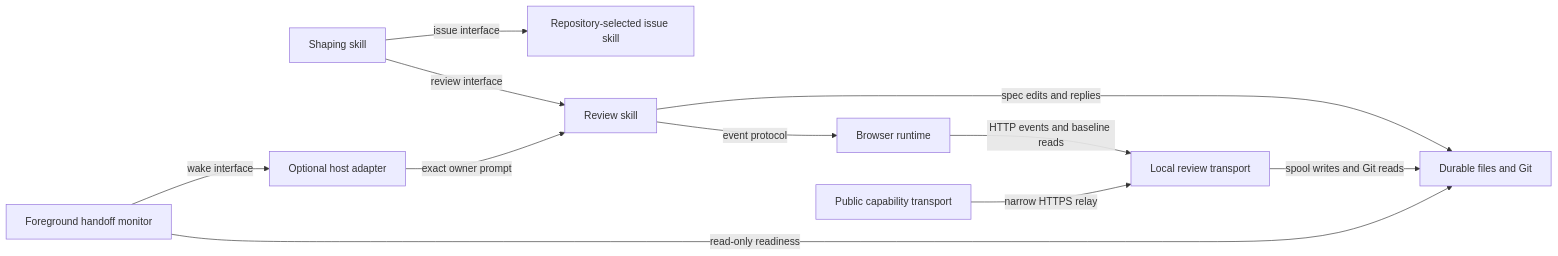
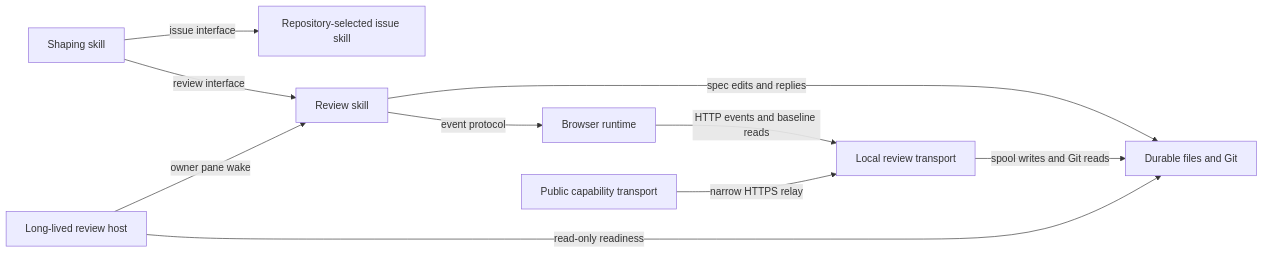
One commit to 0xTomDaniel/spec-chat changed the diagram in DESIGN.md. Above: the diagram before and after it, drawn with Mermaid. The commit also changed other lines of this file and 15 other files, not shown here.

First line of the commit message:
feat(ANN-132): review host wakes the registry owner pane per hand-off batch

````diff
--- a/DESIGN.md
+++ b/DESIGN.md
@@ -82,13 +82,12 @@
 ```mermaid
 flowchart LR
   Shape[Shaping skill] -->|issue interface| Issue[Repository-selected issue skill]
   Shape -->|review interface| Review[Review skill]
   Review -->|event protocol| Browser[Browser runtime]
   Browser -->|HTTP events and baseline reads| Local[Local review transport]
   Review -->|spec edits and replies| Files[Durable files and Git]
   Local -->|spool writes and Git reads| Files
   Public[Public capability transport] -->|narrow HTTPS relay| Local
-  Monitor[Foreground handoff monitor] -->|read-only readiness| Files
-  Monitor -->|wake interface| Adapter[Optional host adapter]
-  Adapter -->|exact owner prompt| Review
+  Host[Long-lived review host] -->|read-only readiness| Files
+  Host -->|owner pane wake| Review
 ```
````
